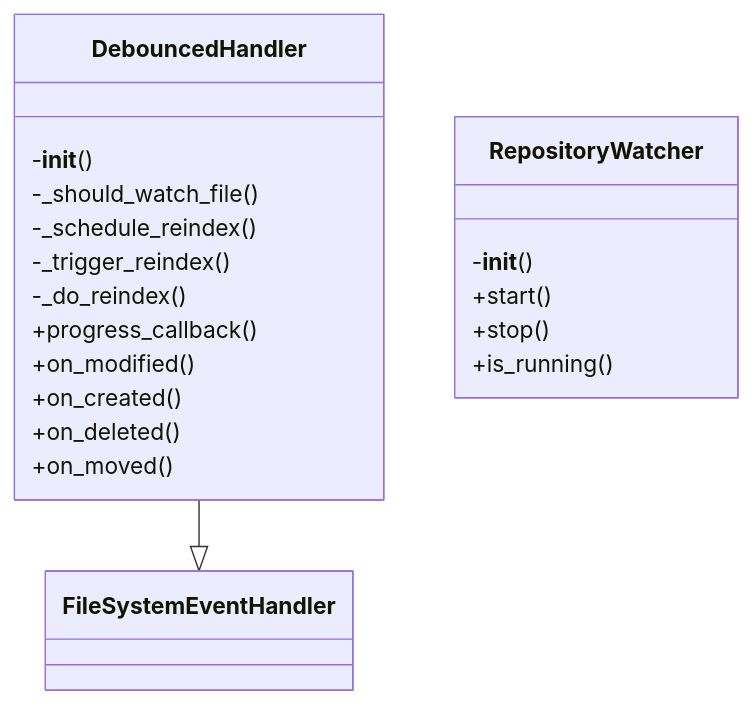
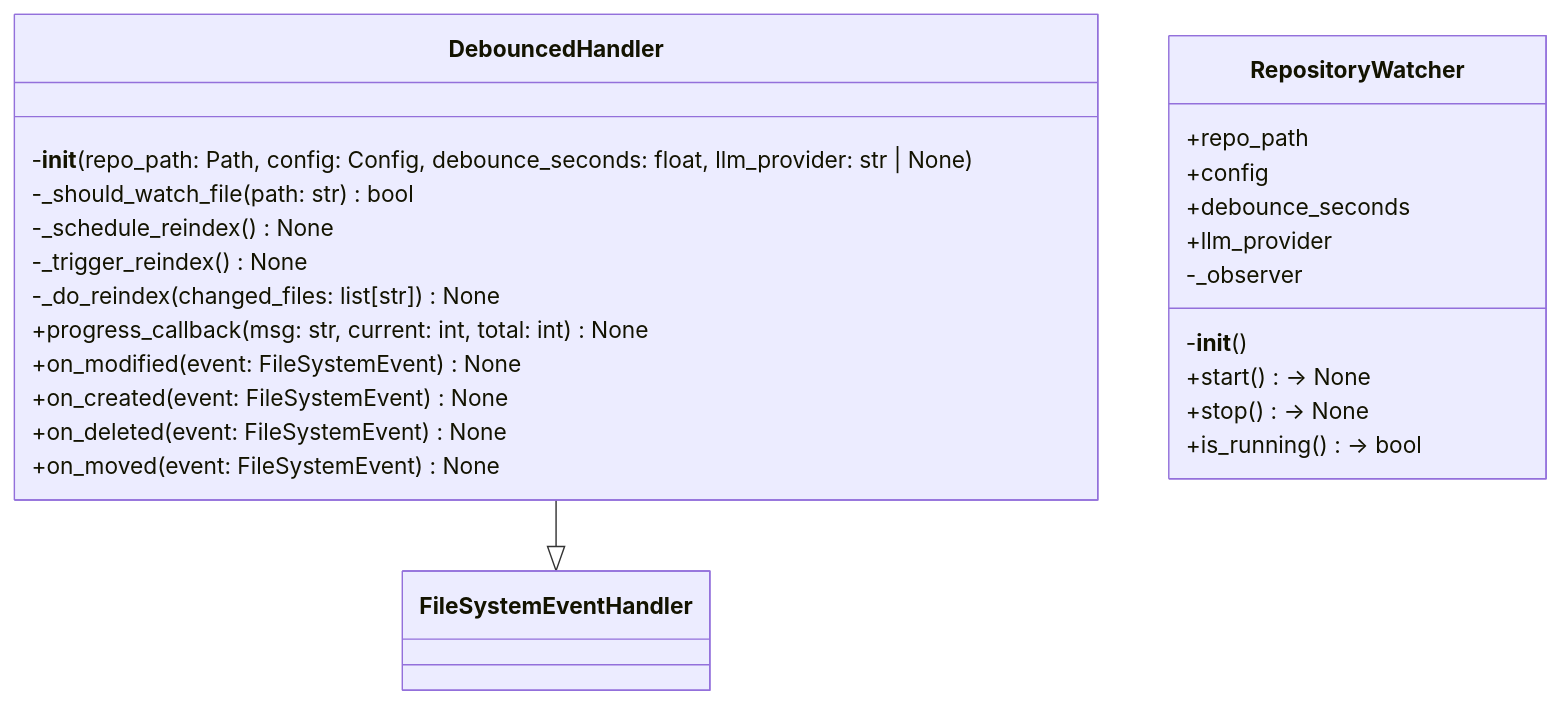
One commit to UrbanDiver/local-deepwiki-mcp changed the first of 2 diagrams in .deepwiki/files/src/local_deepwiki/watcher.md. Above: the diagram before and after it, drawn with Mermaid. The commit also changed other lines of this file and 30 other files, not shown here.

````diff
--- a/.deepwiki/files/src/local_deepwiki/watcher.md
+++ b/.deepwiki/files/src/local_deepwiki/watcher.md
@@ -258,22 +243,27 @@
 ```mermaid
 classDiagram
     class DebouncedHandler {
-        -__init__()
-        -_should_watch_file()
-        -_schedule_reindex()
-        -_trigger_reindex()
-        -_do_reindex()
-        +progress_callback()
-        +on_modified()
-        +on_created()
-        +on_deleted()
-        +on_moved()
+        -__init__(repo_path: Path, config: Config, debounce_seconds: float, llm_provider: str | None)
+        -_should_watch_file(path: str) bool
+        -_schedule_reindex() None
+        -_trigger_reindex() None
+        -_do_reindex(changed_files: list[str]) None
+        +progress_callback(msg: str, current: int, total: int) None
+        +on_modified(event: FileSystemEvent) None
+        +on_created(event: FileSystemEvent) None
+        +on_deleted(event: FileSystemEvent) None
+        +on_moved(event: FileSystemEvent) None
     }
     class RepositoryWatcher {
+        +repo_path
+        +config
+        +debounce_seconds
+        +llm_provider
+        -_observer
         -__init__()
-        +start()
-        +stop()
-        +is_running()
+        +start() -> None
+        +stop() -> None
+        +is_running() -> bool
     }
     DebouncedHandler --|> FileSystemEventHandler
 ```
````
